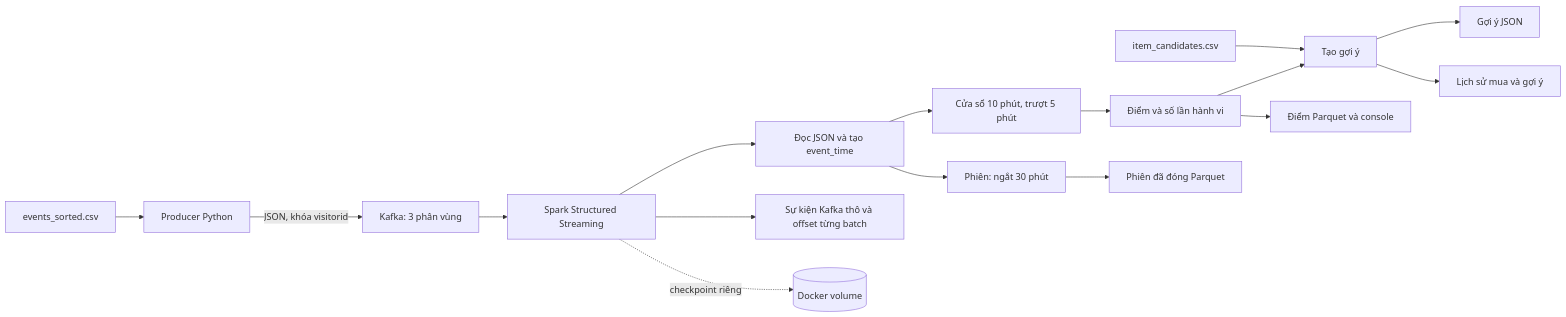
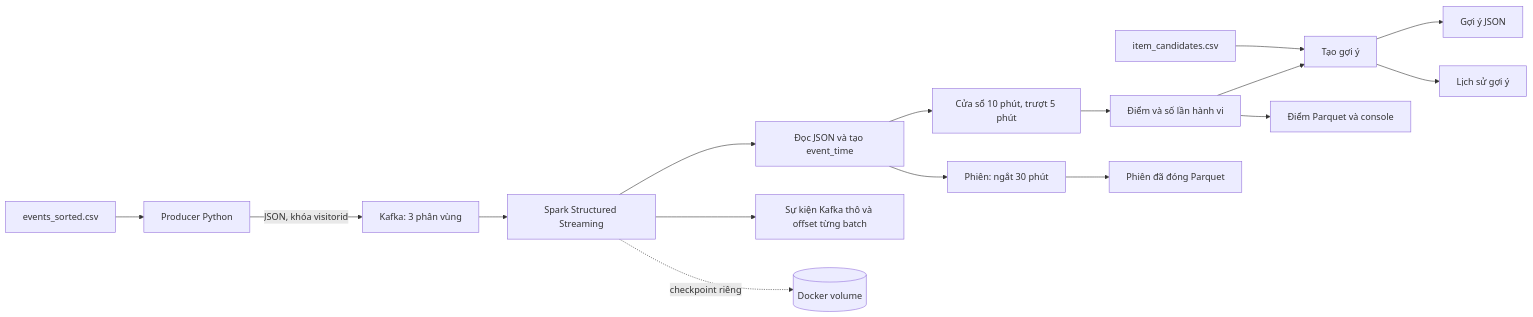
One commit to Duongei/retail-rocket-streaming-demo changed the diagram in docs/PIPELINE_FLOW.md. Above: the diagram before and after it, drawn with Mermaid. The commit also changed other lines of this file and 12 other files, not shown here.

````diff
--- a/docs/PIPELINE_FLOW.md
+++ b/docs/PIPELINE_FLOW.md
@@ -3,18 +3,18 @@
 ```mermaid
 flowchart LR
   CSV[events_sorted.csv] --> P[Producer Python]
   P -->|JSON, khóa visitorid| K[Kafka: 3 phân vùng]
   K --> S[Spark Structured Streaming]
   C[item_candidates.csv] --> G[Tạo gợi ý]
   S --> E[Đọc JSON và tạo event_time]
   E --> W[Cửa sổ 10 phút, trượt 5 phút]
   W --> I[Điểm và số lần hành vi]
   I --> G
   I --> O1[Điểm Parquet và console]
   G --> O2[Gợi ý JSON]
-  G --> H[Lịch sử mua và gợi ý]
+  G --> H[Lịch sử gợi ý]
   E --> SW[Phiên: ngắt 30 phút]
   SW --> O3[Phiên đã đóng Parquet]
   S --> RAW[Sự kiện Kafka thô và offset từng batch]
   S -. checkpoint riêng .-> CP[(Docker volume)]
 ```
````
